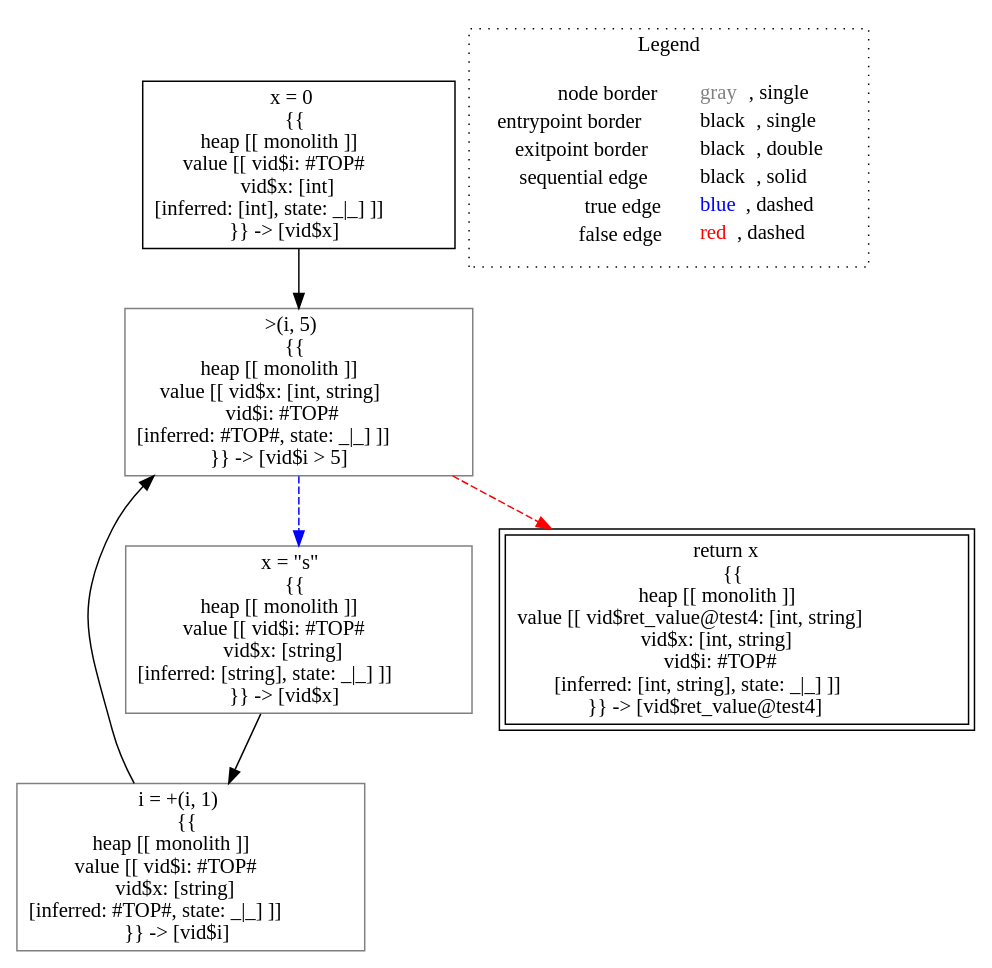
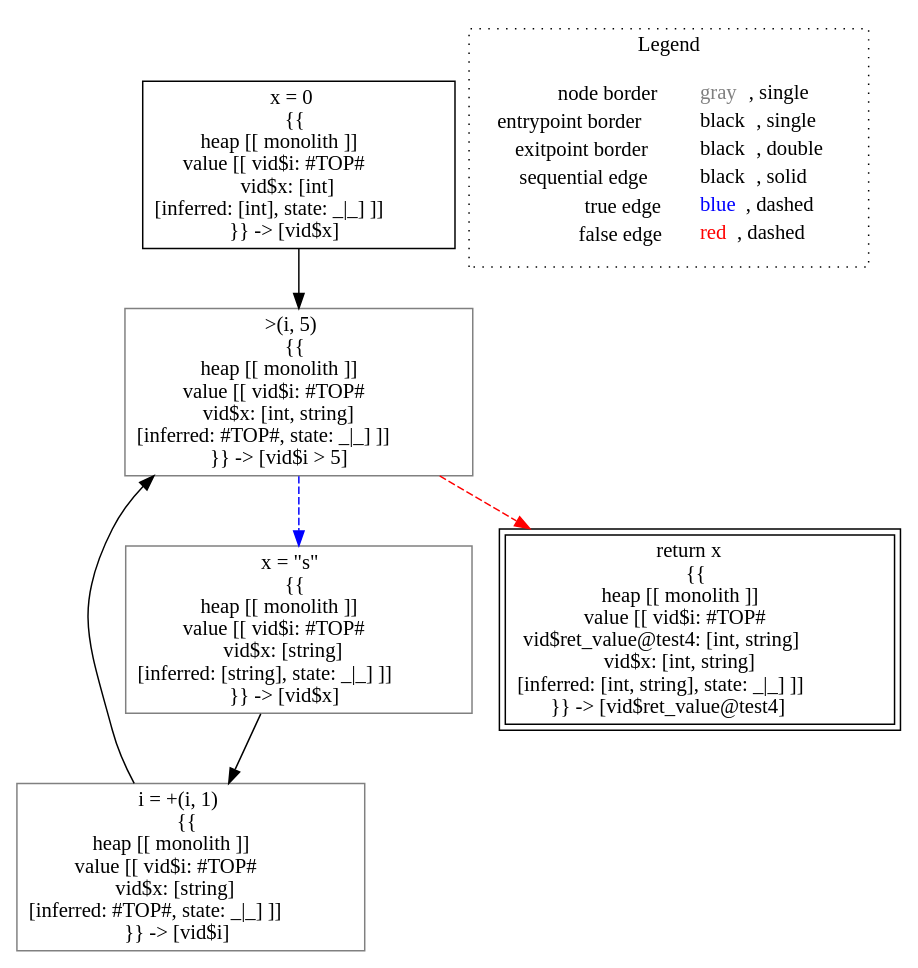
Before and after one commit to lisa-analyzer/lisa: the diagram in lisa/imp-testcases/type-inference/typing___untyped_typing.test4(untyped_i).dot, drawn with Graphviz. The commit also changed 29 other files, not shown here.

```diff
--- a/lisa/imp-testcases/type-inference/typing___untyped_typing.test4(untyped_i).dot
+++ b/lisa/imp-testcases/type-inference/typing___untyped_typing.test4(untyped_i).dot
@@ -1,19 +1,19 @@
 digraph {
 	"node0" [shape="rect",color="black",label=<x = 0<BR/>{{<BR/>heap [[ monolith ]]<BR/>value [[ vid$i: #TOP#<BR/>vid$x: [int]<BR/>[inferred: [int], state: _|_] ]]<BR/>}} -&gt; [vid$x]>];
-	"node1" [shape="rect",color="gray",label=<i = +(i, 1)<BR/>{{<BR/>heap [[ monolith ]]<BR/>value [[ vid$i: #TOP#<BR/>vid$x: [string]<BR/>[inferred: #TOP#, state: _|_] ]]<BR/>}} -&gt; [vid$i]>];
-	"node2" [shape="rect",color="gray",label=<x = &quot;s&quot;<BR/>{{<BR/>heap [[ monolith ]]<BR/>value [[ vid$i: #TOP#<BR/>vid$x: [string]<BR/>[inferred: [string], state: _|_] ]]<BR/>}} -&gt; [vid$x]>];
-	"node3" [shape="rect",color="black",peripheries="2",label=<return x<BR/>{{<BR/>heap [[ monolith ]]<BR/>value [[ vid$ret_value@test4: [int, string]<BR/>vid$x: [int, string]<BR/>vid$i: #TOP#<BR/>[inferred: [int, string], state: _|_] ]]<BR/>}} -&gt; [vid$ret_value@test4]>];
-	"node4" [shape="rect",color="gray",label=<&gt;(i, 5)<BR/>{{<BR/>heap [[ monolith ]]<BR/>value [[ vid$x: [int, string]<BR/>vid$i: #TOP#<BR/>[inferred: #TOP#, state: _|_] ]]<BR/>}} -&gt; [vid$i &gt; 5]>];
-	"node1" -> "node4" [color="black"];
+	"node1" [shape="rect",color="gray",label=<x = &quot;s&quot;<BR/>{{<BR/>heap [[ monolith ]]<BR/>value [[ vid$i: #TOP#<BR/>vid$x: [string]<BR/>[inferred: [string], state: _|_] ]]<BR/>}} -&gt; [vid$x]>];
+	"node2" [shape="rect",color="black",peripheries="2",label=<return x<BR/>{{<BR/>heap [[ monolith ]]<BR/>value [[ vid$i: #TOP#<BR/>vid$ret_value@test4: [int, string]<BR/>vid$x: [int, string]<BR/>[inferred: [int, string], state: _|_] ]]<BR/>}} -&gt; [vid$ret_value@test4]>];
+	"node3" [shape="rect",color="gray",label=<i = +(i, 1)<BR/>{{<BR/>heap [[ monolith ]]<BR/>value [[ vid$i: #TOP#<BR/>vid$x: [string]<BR/>[inferred: #TOP#, state: _|_] ]]<BR/>}} -&gt; [vid$i]>];
+	"node4" [shape="rect",color="gray",label=<&gt;(i, 5)<BR/>{{<BR/>heap [[ monolith ]]<BR/>value [[ vid$i: #TOP#<BR/>vid$x: [int, string]<BR/>[inferred: #TOP#, state: _|_] ]]<BR/>}} -&gt; [vid$i &gt; 5]>];
+	"node1" -> "node3" [color="black"];
 	"node0" -> "node4" [color="black"];
-	"node2" -> "node1" [color="black"];
-	"node4" -> "node2" [color="blue",style="dashed"];
-	"node4" -> "node3" [color="red",style="dashed"];
+	"node3" -> "node4" [color="black"];
+	"node4" -> "node1" [color="blue",style="dashed"];
+	"node4" -> "node2" [color="red",style="dashed"];
 subgraph cluster_legend {
 	label="Legend";
 	style=dotted;
 	node [shape=plaintext];
 	"legend" [label=<<table border="0" cellpadding="2" cellspacing="0" cellborder="0"><tr><td align="right">node border&nbsp;</td><td align="left"><font color="gray">gray</font>, single</td></tr><tr><td align="right">entrypoint border&nbsp;</td><td align="left"><font color="black">black</font>, single</td></tr><tr><td align="right">exitpoint border&nbsp;</td><td align="left"><font color="black">black</font>, double</td></tr><tr><td align="right">sequential edge&nbsp;</td><td align="left"><font color="black">black</font>, solid</td></tr><tr><td align="right">true edge&nbsp;</td><td align="left"><font color="blue">blue</font>, dashed</td></tr><tr><td align="right">false edge&nbsp;</td><td align="left"><font color="red">red</font>, dashed</td></tr></table>>];
 }
 
 }
```
